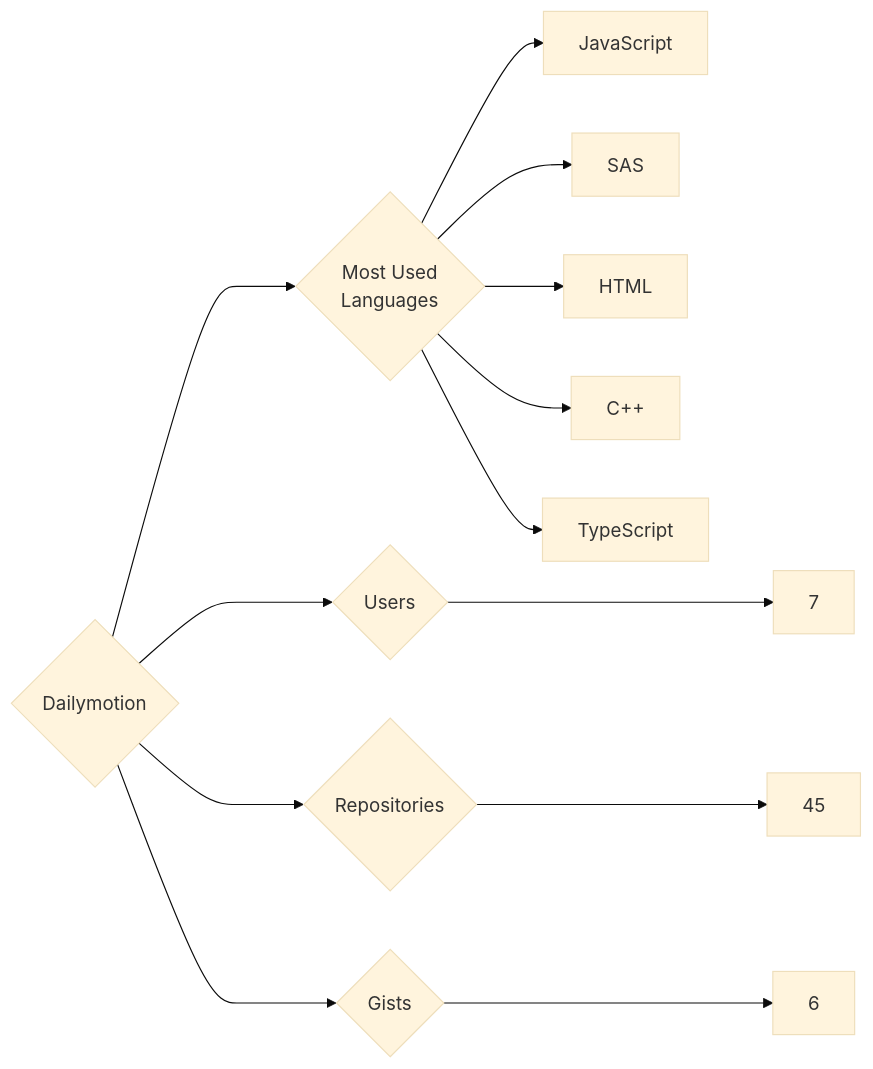
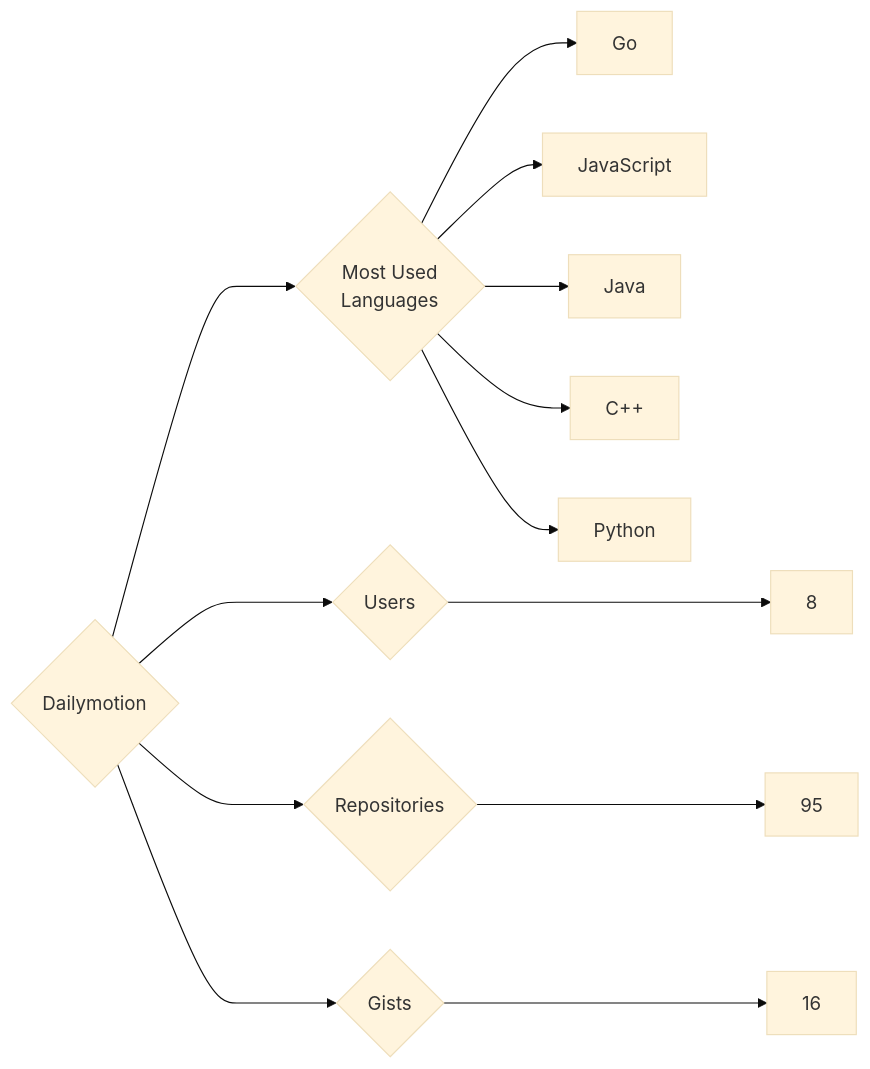
The diagram in targets/Dailymotion/README.md (trickest/insiders), drawn with Mermaid (base theme) before and after one commit. The commit also changed 1148 other files, not shown here.

````diff
--- a/targets/Dailymotion/README.md
+++ b/targets/Dailymotion/README.md
@@ -3,13 +3,13 @@
 ```mermaid
 graph LR
 COMPANY_NAME{Dailymotion}
-COMPANY_NAME ---> U{Users} ---> UN[7]
-COMPANY_NAME ---> R{Repositories} ---> RN[45]
-COMPANY_NAME ---> G{Gists} ---> GN[6]
+COMPANY_NAME ---> U{Users} ---> UN[8]
+COMPANY_NAME ---> R{Repositories} ---> RN[95]
+COMPANY_NAME ---> G{Gists} ---> GN[16]
 COMPANY_NAME ---> ML{Most Used<br>Languages}
+ML --> Go[Go]
 ML --> JavaScript[JavaScript]
-ML --> SAS[SAS]
-ML --> HTML[HTML]
+ML --> Java[Java]
 ML --> C++[C++]
-ML --> TypeScript[TypeScript]
+ML --> Python[Python]
 ```
````
